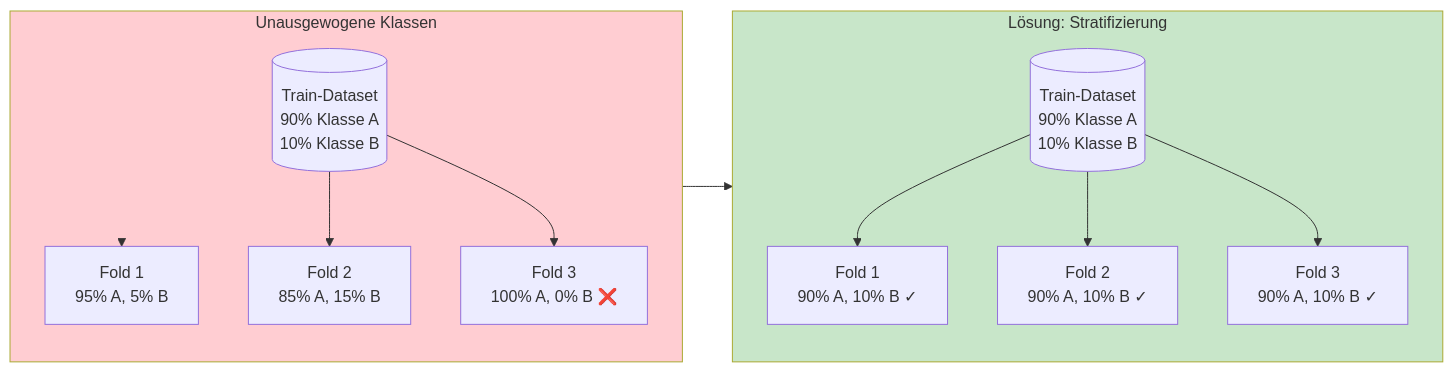
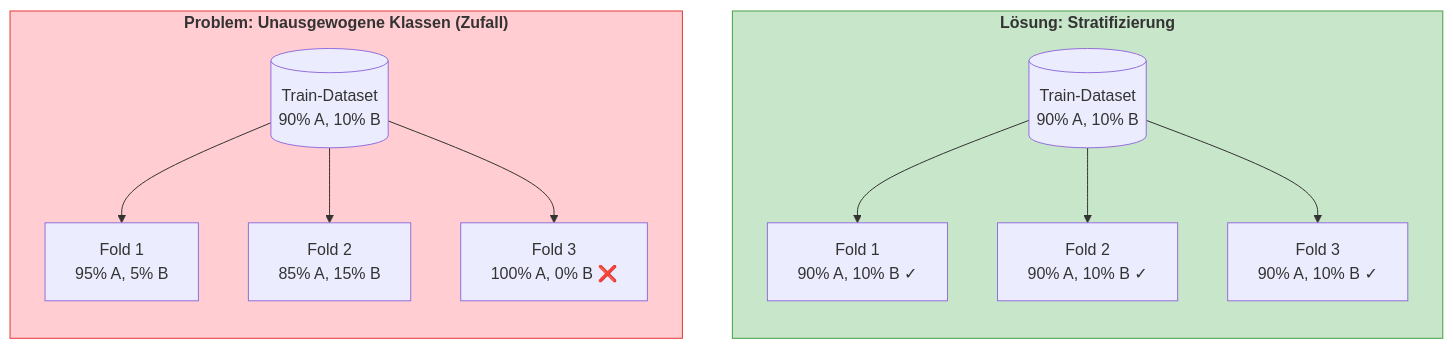
Before and after one commit to ralf-42/ML_Intro: the fourth of 9 diagrams in docs/concepts/evaluate/cross_validation.md, drawn with Mermaid. The commit also changed other lines of this file and 12 other files, not shown here.

````diff
--- a/docs/concepts/evaluate/cross_validation.md
+++ b/docs/concepts/evaluate/cross_validation.md
@@ -259,26 +228,23 @@
 ```mermaid
 flowchart LR
-    subgraph problem["Unausgewogene Klassen"]
-        D1[("Train-Dataset<br/>90% Klasse A<br/>10% Klasse B")]
-        D1 --> F1["Fold 1<br/>95% A, 5% B"]
-        D1 --> F2["Fold 2<br/>85% A, 15% B"]
-        D1 --> F3["Fold 3<br/>100% A, 0% B ❌"]
-    end
 
-    subgraph solution["Lösung: Stratifizierung"]
-        D2[("Train-Dataset<br/>90% Klasse A<br/>10% Klasse B")]
-        D2 --> SF1["Fold 1<br/>90% A, 10% B ✓"]
-        D2 --> SF2["Fold 2<br/>90% A, 10% B ✓"]
-        D2 --> SF3["Fold 3<br/>90% A, 10% B ✓"]
-    end
+subgraph problem["<b>Problem: Unausgewogene Klassen (Zufall)</b>"]
+    D1[("Train-Dataset<br/>90% A, 10% B")]
+    D1 --> F1["Fold 1<br/>95% A, 5% B"]
+    D1 --> F2["Fold 2<br/>85% A, 15% B"]
+    D1 --> F3["Fold 3<br/>100% A, 0% B ❌"]
+end
 
-    %% Erzwingt Links → Rechts
-    problem --> solution
+subgraph solution["<b>Lösung: Stratifizierung</b>"]
+    D2[("Train-Dataset<br/>90% A, 10% B")]
+    D2 --> SF1["Fold 1<br/>90% A, 10% B ✓"]
+    D2 --> SF2["Fold 2<br/>90% A, 10% B ✓"]
+    D2 --> SF3["Fold 3<br/>90% A, 10% B ✓"]
+end
 
-    %% Kante unsichtbar machen
-    linkStyle 0 stroke-width:0,fill:none
+%% Unsichtbare Verbindung für das Layout (nebeneinander)
+problem ~~~ solution
 
-    style problem fill:#ffcdd2
-    style solution fill:#c8e6c9
-
+style problem fill:#ffcdd2,stroke:#e53935
+style solution fill:#c8e6c9,stroke:#43a047
 ```
````
